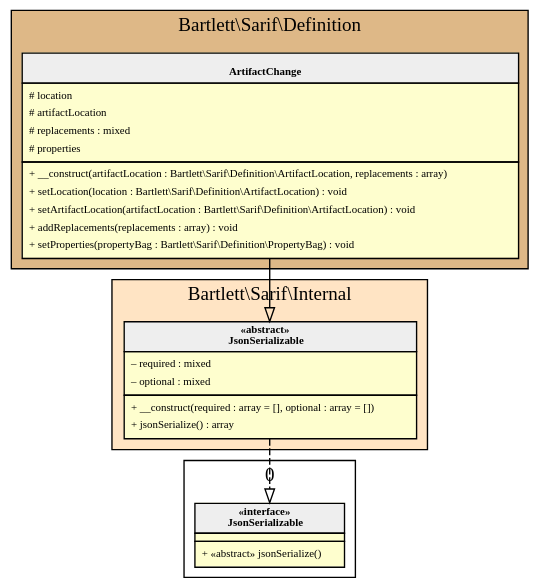
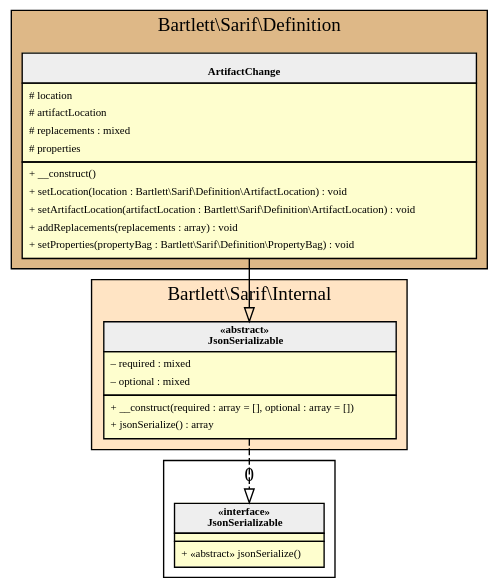
One commit to llaville/sarif-php-sdk changed the diagram in 2.0/assets/images/reference-artifact-change.html.gv. Above: the diagram before and after it, drawn with Graphviz. The commit also changed 113 other files, not shown here.

```diff
--- a/2.0/assets/images/reference-artifact-change.html.gv
+++ b/2.0/assets/images/reference-artifact-change.html.gv
@@ -1,55 +1,55 @@
 digraph {
   graph [name="G" overlap="false" rankdir="TB" bgcolor="transparent"]
   node [fontname="Verdana" fontsize=8 shape="none" margin=0 fillcolor="#FEFECE" style="filled"]
   edge [fontname="Verdana" fontsize=8]
   subgraph cluster_0 {
     graph [bgcolor="BurlyWood"]
     label = "Bartlett\\Sarif\\Definition"
     "Bartlett\\Sarif\\Definition\\ArtifactChange" [shape="none" label=<
 <table cellspacing="0" border="0" cellborder="1">
     <tr><td bgcolor="#eeeeee"><b><br/>ArtifactChange</b></td></tr>
     <tr><td><table border="0" cellspacing="0" cellpadding="2">
     <tr><td align="left"># location</td></tr>
     <tr><td align="left"># artifactLocation</td></tr>
     <tr><td align="left"># replacements : mixed</td></tr>
     <tr><td align="left"># properties</td></tr>
 </table></td></tr>
     <tr><td><table border="0" cellspacing="0" cellpadding="2">
-    <tr><td align="left">+ __construct(artifactLocation : Bartlett\\Sarif\\Definition\\ArtifactLocation, replacements : array)</td></tr>
+    <tr><td align="left">+ __construct()</td></tr>
     <tr><td align="left">+ setLocation(location : Bartlett\\Sarif\\Definition\\ArtifactLocation) : void</td></tr>
     <tr><td align="left">+ setArtifactLocation(artifactLocation : Bartlett\\Sarif\\Definition\\ArtifactLocation) : void</td></tr>
     <tr><td align="left">+ addReplacements(replacements : array) : void</td></tr>
     <tr><td align="left">+ setProperties(propertyBag : Bartlett\\Sarif\\Definition\\PropertyBag) : void</td></tr>
 </table></td></tr>
 </table>>]
   }
   subgraph cluster_1 {
     graph [bgcolor="Bisque"]
     label = "Bartlett\\Sarif\\Internal"
     "Bartlett\\Sarif\\Internal\\JsonSerializable" [shape="none" label=<
 <table cellspacing="0" border="0" cellborder="1">
     <tr><td bgcolor="#eeeeee"><b>«abstract»<br/>JsonSerializable</b></td></tr>
     <tr><td><table border="0" cellspacing="0" cellpadding="2">
     <tr><td align="left">– required : mixed</td></tr>
     <tr><td align="left">– optional : mixed</td></tr>
 </table></td></tr>
     <tr><td><table border="0" cellspacing="0" cellpadding="2">
     <tr><td align="left">+ __construct(required : array = [], optional : array = [])</td></tr>
     <tr><td align="left">+ jsonSerialize() : array</td></tr>
 </table></td></tr>
 </table>>]
   }
   subgraph cluster_2 {
     label = 0
     "JsonSerializable" [shape="none" label=<
 <table cellspacing="0" border="0" cellborder="1">
     <tr><td bgcolor="#eeeeee"><b>«interface»<br/>JsonSerializable</b></td></tr>
     <tr><td></td></tr>
     <tr><td><table border="0" cellspacing="0" cellpadding="2">
     <tr><td align="left">+ «abstract» jsonSerialize()</td></tr>
 </table></td></tr>
 </table>>]
   }
   "Bartlett\\Sarif\\Internal\\JsonSerializable" -> "JsonSerializable" [arrowhead="empty" style="dashed"]
   "Bartlett\\Sarif\\Definition\\ArtifactChange" -> "Bartlett\\Sarif\\Internal\\JsonSerializable" [arrowhead="empty" style="filled"]
 }
```
